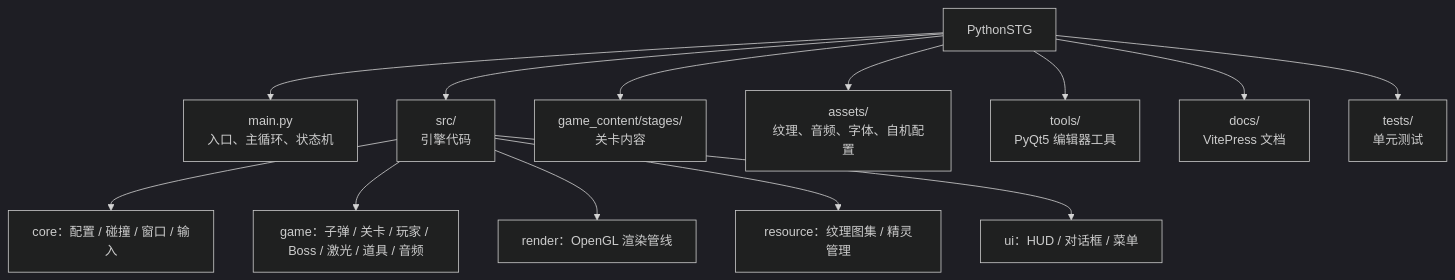
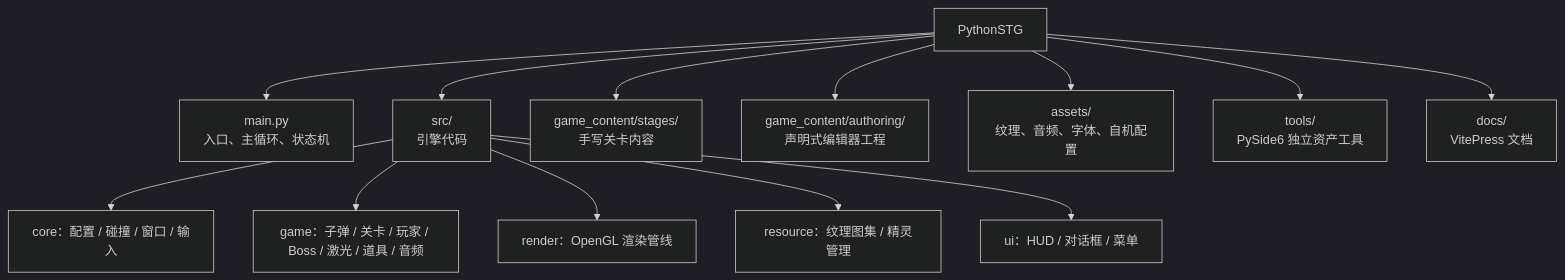
The diagram in README.md (qwqpap/PythonSTG), drawn with Mermaid (dark theme) before and after one commit. The commit also changed other lines of this file and 108 other files, not shown here.

````diff
--- a/README.md
+++ b/README.md
@@ -92,25 +102,25 @@
 ```mermaid
 flowchart TB
     root["PythonSTG"]
     main["main.py<br/>入口、主循环、状态机"]
     src["src/<br/>引擎代码"]
-    content["game_content/stages/<br/>关卡内容"]
+    content["game_content/stages/<br/>手写关卡内容"]
+    authoring["game_content/authoring/<br/>声明式编辑器工程"]
     assets["assets/<br/>纹理、音频、字体、自机配置"]
-    tools["tools/<br/>PyQt5 编辑器工具"]
+    tools["tools/<br/>PySide6 独立资产工具"]
     docs["docs/<br/>VitePress 文档"]
-    tests["tests/<br/>单元测试"]
 
     root --> main
     root --> src
     root --> content
+    root --> authoring
     root --> assets
     root --> tools
     root --> docs
-    root --> tests
 
     src --> core["core：配置 / 碰撞 / 窗口 / 输入"]
     src --> game["game：子弹 / 关卡 / 玩家 / Boss / 激光 / 道具 / 音频"]
     src --> render["render：OpenGL 渲染管线"]
     src --> resource["resource：纹理图集 / 精灵管理"]
     src --> ui["ui：HUD / 对话框 / 菜单"]
 ```
````
